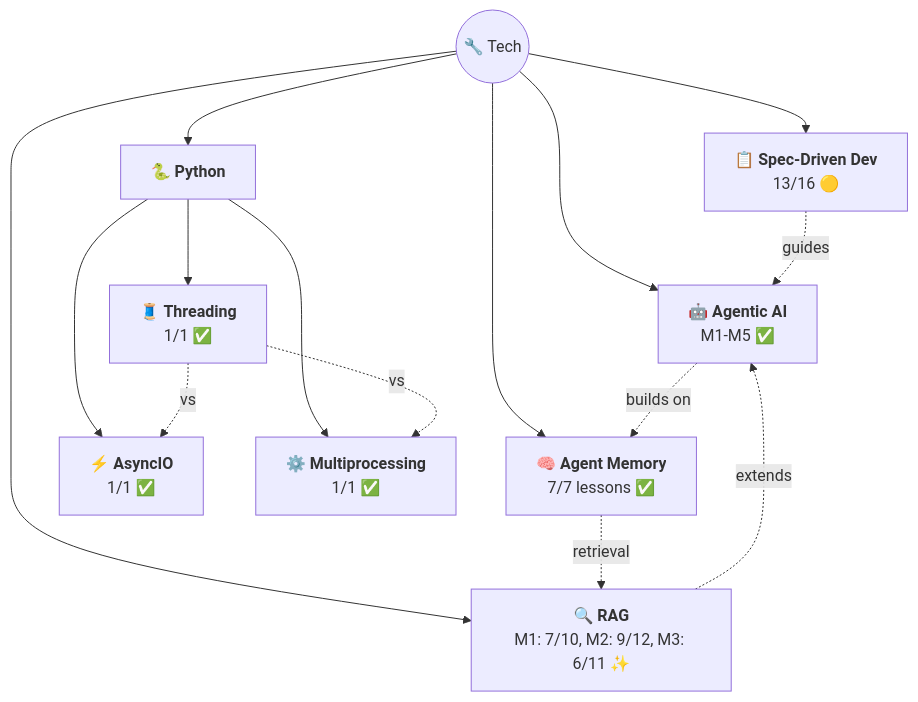
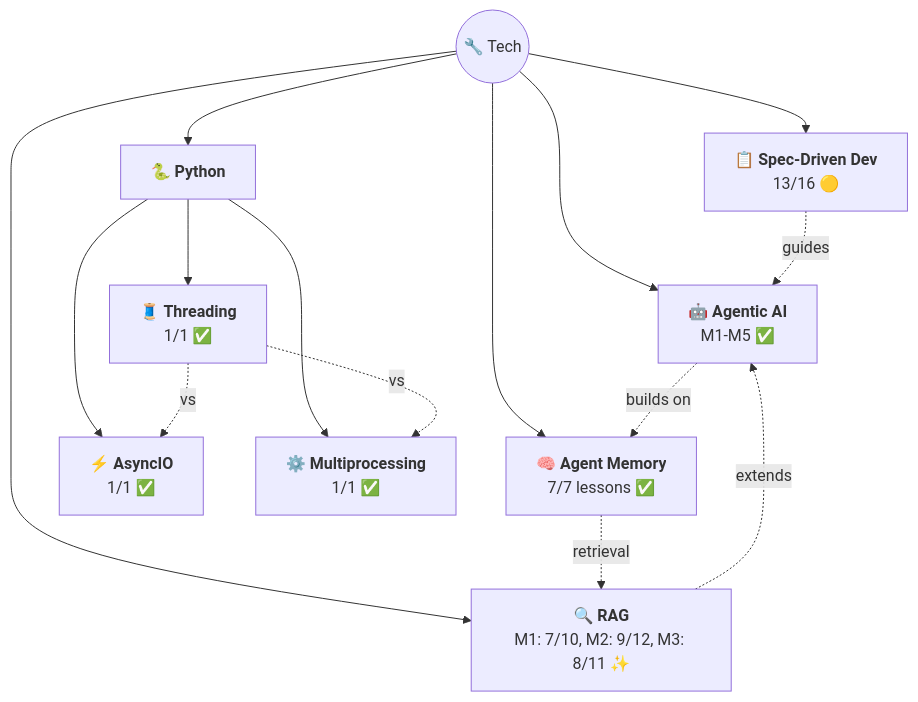
The diagram in _maps/tech.md (AyushSonuu/my-memory), drawn with Mermaid before and after one commit. The commit also changed other lines of this file and 37 other files, not shown here.

````diff
--- a/_maps/tech.md
+++ b/_maps/tech.md
@@ -5,18 +5,18 @@
 ```mermaid
 graph TB
     T(("🔧 Tech"))
     T --> AG["🤖 <b>Agentic AI</b><br/>M1-M5 ✅"]
     T --> AM["🧠 <b>Agent Memory</b><br/>7/7 lessons ✅"]
-    T --> RAG["🔍 <b>RAG</b><br/>M1: 7/10, M2: 9/12, M3: 6/11 ✨"]
+    T --> RAG["🔍 <b>RAG</b><br/>M1: 7/10, M2: 9/12, M3: 8/11 ✨"]
     T --> PY["🐍 <b>Python</b>"]
     PY --> AIO["⚡ <b>AsyncIO</b><br/>1/1 ✅"]
     PY --> THR["🧵 <b>Threading</b><br/>1/1 ✅"]
     PY --> MP["⚙️ <b>Multiprocessing</b><br/>1/1 ✅"]
     AG -.->|"builds on"| AM
     AM -.->|"retrieval"| RAG
     RAG -.->|"extends"| AG
     T --> SDD["📋 <b>Spec-Driven Dev</b><br/>13/16 🟡"]
     SDD -.->|"guides"| AG
     THR -.->|"vs"| AIO
     THR -.->|"vs"| MP
 ```
````
